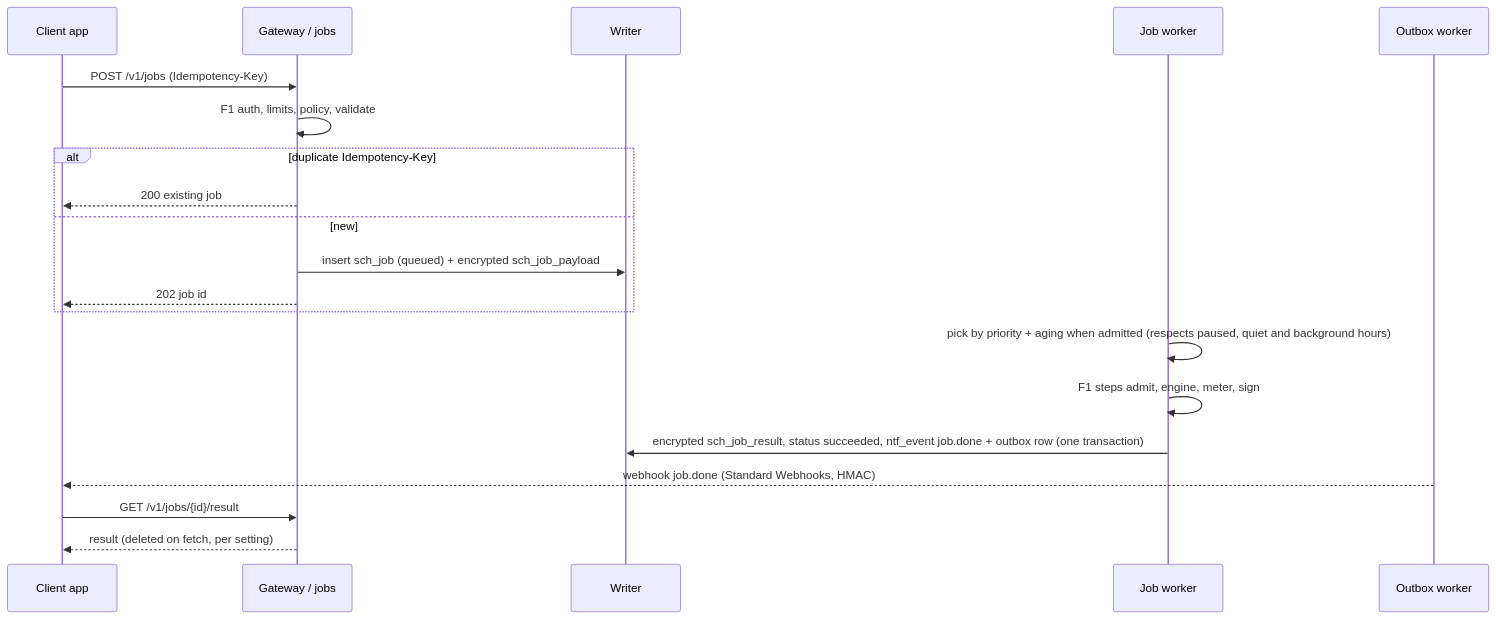
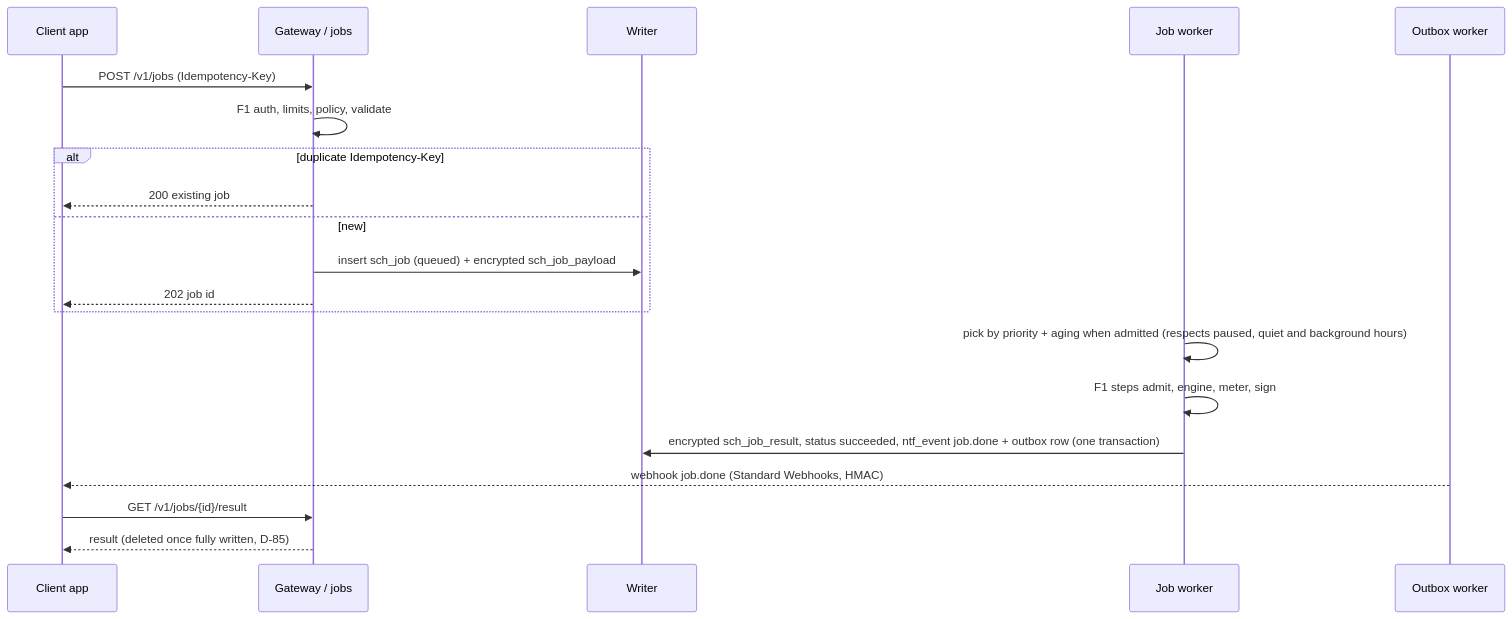
The sixth of 10 diagrams in docs/design_docs/lld.md (inCoderKaka/local-server), drawn with Mermaid before and after one commit. The commit also changed other lines of this file and 4 other files, not shown here.

````diff
--- a/docs/design_docs/lld.md
+++ b/docs/design_docs/lld.md
@@ -266,22 +266,22 @@
 ```mermaid
 sequenceDiagram
   participant C as Client app
   participant G as Gateway / jobs
   participant W as Writer
   participant K as Job worker
   participant O as Outbox worker
   C->>G: POST /v1/jobs (Idempotency-Key)
   G->>G: F1 auth, limits, policy, validate
   alt duplicate Idempotency-Key
     G-->>C: 200 existing job
   else new
     G->>W: insert sch_job (queued) + encrypted sch_job_payload
     G-->>C: 202 job id
   end
   K->>K: pick by priority + aging when admitted (respects paused, quiet and background hours)
   K->>K: F1 steps admit, engine, meter, sign
   K->>W: encrypted sch_job_result, status succeeded, ntf_event job.done + outbox row (one transaction)
   O-->>C: webhook job.done (Standard Webhooks, HMAC)
   C->>G: GET /v1/jobs/{id}/result
-  G-->>C: result (deleted on fetch, per setting)
+  G-->>C: result (deleted once fully written, D-85)
 ```
````
